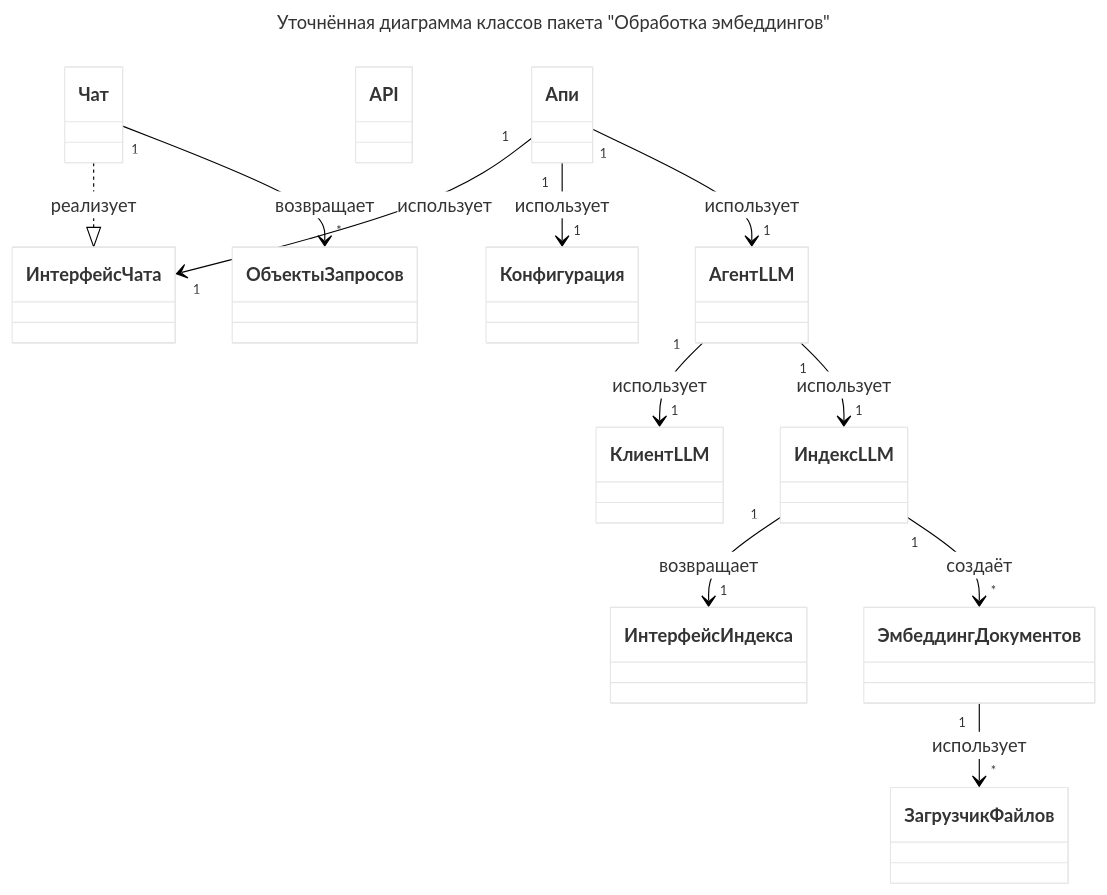
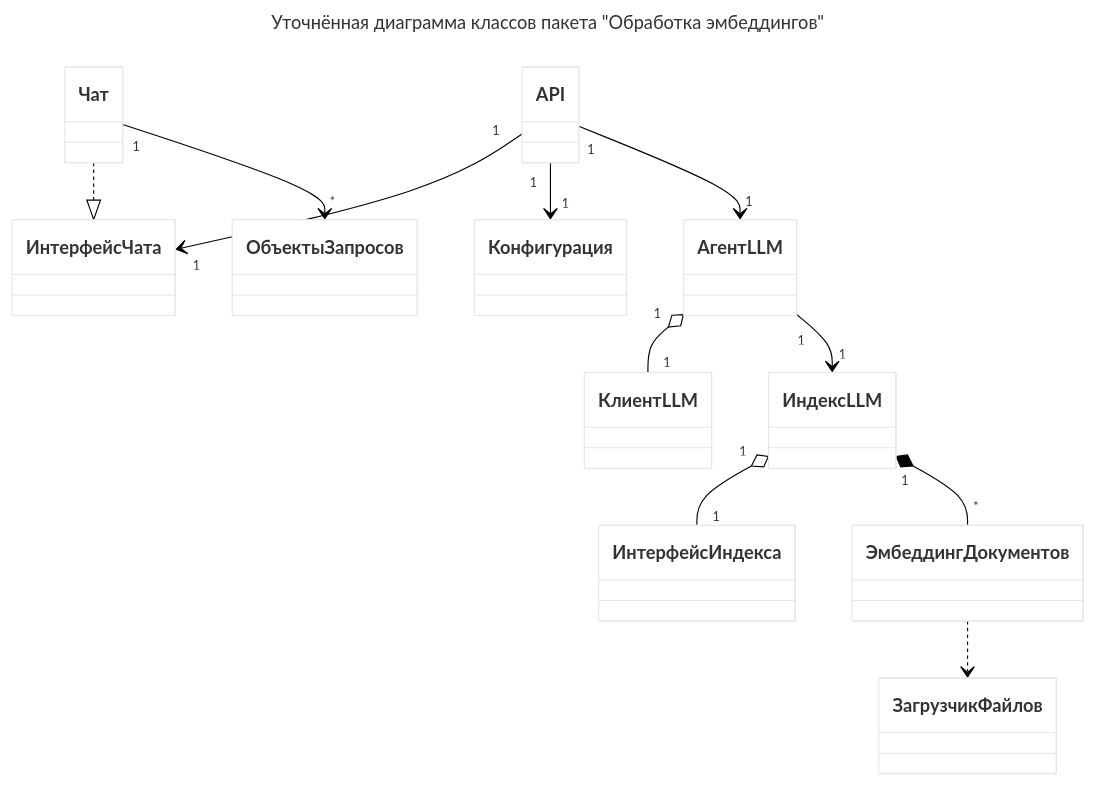
Before and after one commit to CHSU-scenarAIst/diagrammy: the second of 2 diagrams in Уточнённая диаграмма классов.md, drawn with Mermaid. The commit also changed 6 other files, not shown here.

````diff
--- a/Уточнённая диаграмма классов.md
+++ b/Уточнённая диаграмма классов.md
@@ -36,33 +36,33 @@
 ```mermaid
 ---
 title: Уточнённая диаграмма классов пакета "Обработка эмбеддингов"
 ---
 %%{init: {'theme': 'base', 'themeVariables': { 'primaryColor': '#fff', 'edgeColor': '#000', 'lineColor': '#000', 'actorTextColor': '#000'}}}%%
 classDiagram
     class АгентLLM
     class КлиентLLM
     class ИндексLLM
     class ИнтерфейсИндекса
     class ЭмбеддингДокументов
     class ЗагрузчикФайлов
     class Чат
     class ИнтерфейсЧата
     class ОбъектыЗапросов
     class API
     class Конфигурация
 
-    АгентLLM "1" --> "1" КлиентLLM : использует
-    АгентLLM "1" --> "1" ИндексLLM : использует
+    АгентLLM "1" o-- "1" КлиентLLM
+    АгентLLM "1" --> "1" ИндексLLM
 
-    ИндексLLM "1" --> "1" ИнтерфейсИндекса : возвращает
-    ИндексLLM "1" --> "*" ЭмбеддингДокументов : создаёт
+    ИндексLLM "1" o-- "1" ИнтерфейсИндекса
+    ИндексLLM "1" *-- "*" ЭмбеддингДокументов
     
-    ЭмбеддингДокументов "1" --> "*" ЗагрузчикФайлов : использует
+    ЭмбеддингДокументов ..> ЗагрузчикФайлов
     
-    Чат ..|> ИнтерфейсЧата : реализует
-    Чат "1" --> "*" ОбъектыЗапросов : возвращает
+    Чат ..|> ИнтерфейсЧата
+    Чат "1" --> "*" ОбъектыЗапросов
     
-    Апи "1" --> "1" ИнтерфейсЧата : использует
-    Апи "1" --> "1" Конфигурация : использует
-    Апи "1" --> "1" АгентLLM : использует
+    API "1" --> "1" ИнтерфейсЧата
+    API "1" --> "1" Конфигурация
+    API "1" --> "1" АгентLLM
 ```
````
